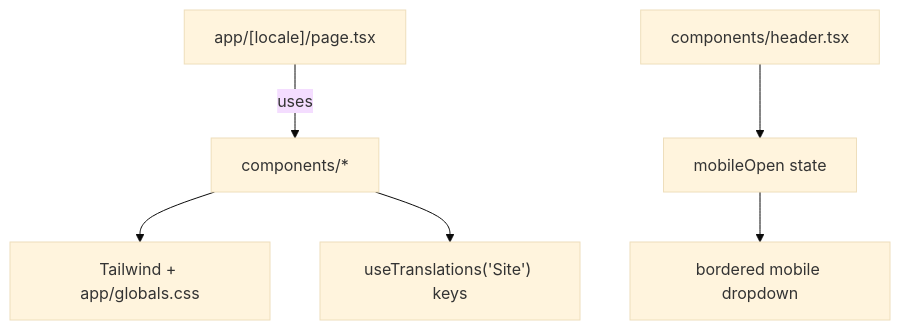
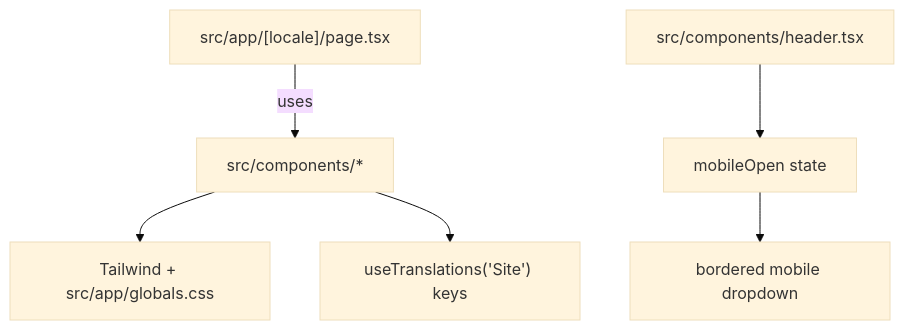
Before and after one commit to ipavic933-spec/website-pavic: the diagram in lode/practices.md, drawn with Mermaid (base theme). The commit also changed other lines of this file and 79 other files, not shown here.

````diff
--- a/lode/practices.md
+++ b/lode/practices.md
@@ -11,8 +11,8 @@
 ```mermaid
 flowchart TD
-  Page["app/[locale]/page.tsx"] -->|uses| Components["components/*"]
-  Components --> Styles["Tailwind + app/globals.css"]
-  Header["components/header.tsx"] --> Toggle["mobileOpen state"]
+  Page["src/app/[locale]/page.tsx"] -->|uses| Components["src/components/*"]
+  Components --> Styles["Tailwind + src/app/globals.css"]
+  Header["src/components/header.tsx"] --> Toggle["mobileOpen state"]
   Toggle --> OverlayNav["bordered mobile dropdown"]
   Components --> I18N["useTranslations('Site') keys"]
 ```
````
